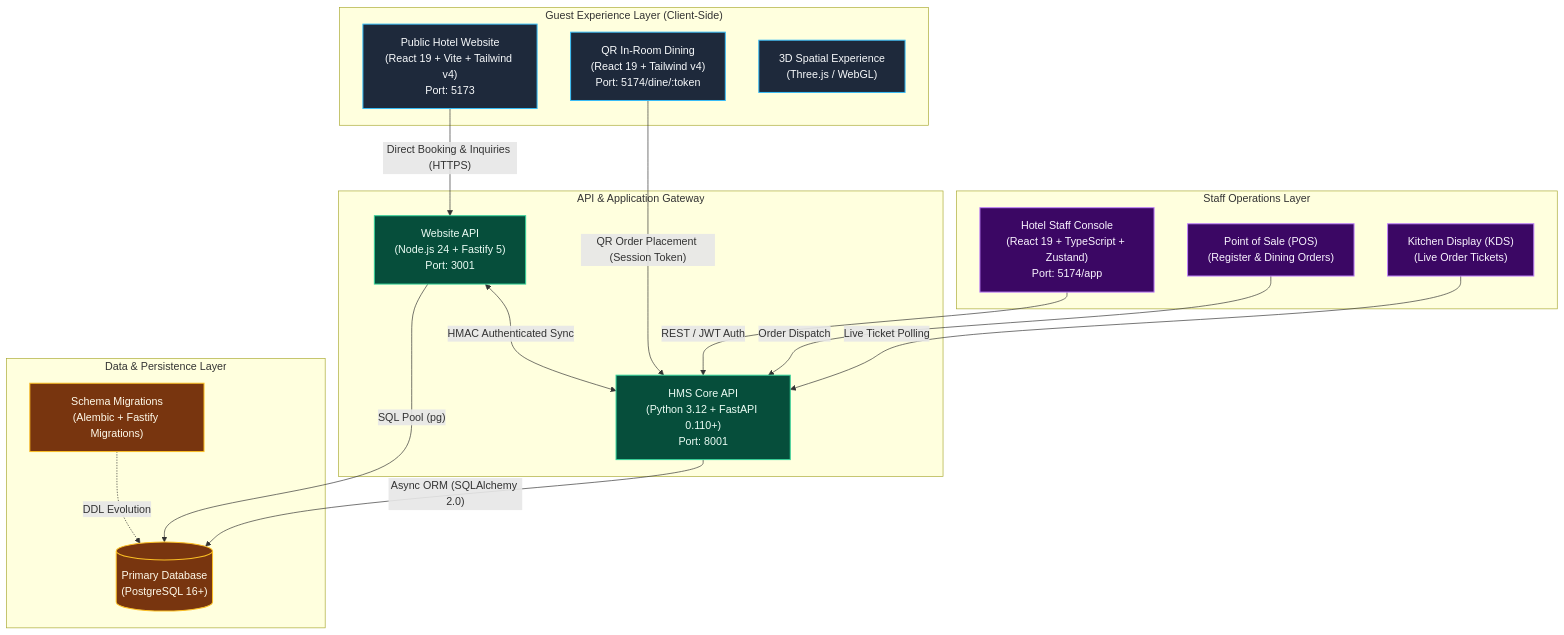
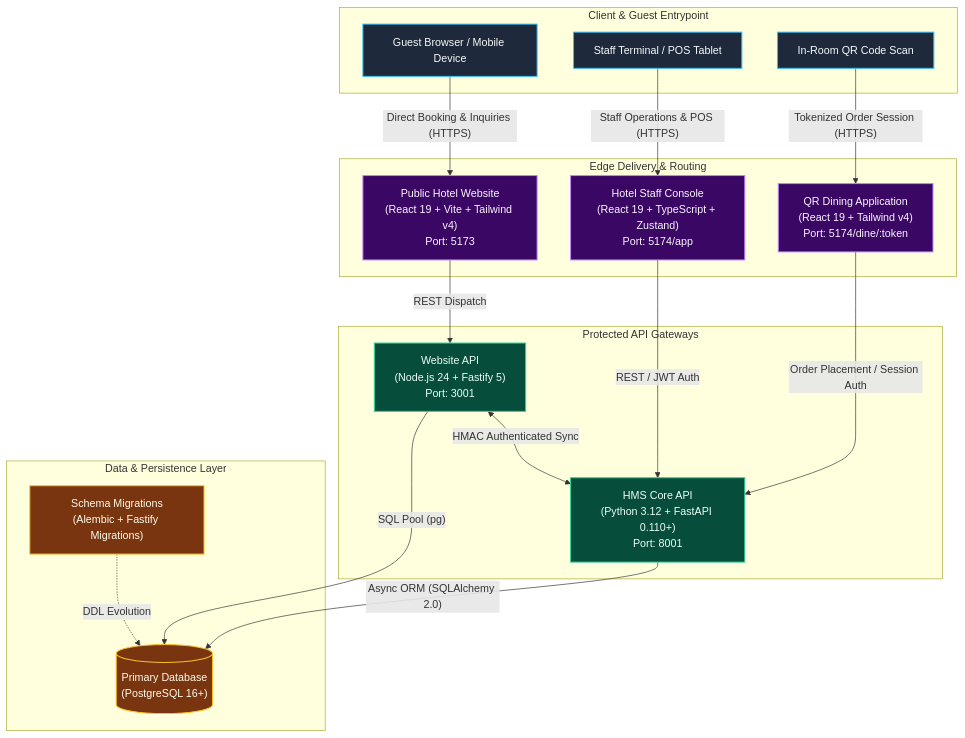
One commit to tapwebs/hotel_website_template changed the diagram in README.md. Above: the diagram before and after it, drawn with Mermaid. The commit also changed other lines of this file, not shown here.

````diff
--- a/README.md
+++ b/README.md
@@ -124,46 +207,48 @@
 ```mermaid
 flowchart TD
-    subgraph GuestLayer["Guest Experience Layer (Client-Side)"]
-        WEB["Public Hotel Website<br/>(React 19 + Vite + Tailwind v4)<br/>Port: 5173"]
-        DINE["QR In-Room Dining<br/>(React 19 + Tailwind v4)<br/>Port: 5174/dine/:token"]
-        THREE["3D Spatial Experience<br/>(Three.js / WebGL)"]
+    subgraph ClientLayer["Client & Guest Entrypoint"]
+        GUEST["Guest Browser / Mobile Device"]
+        STAFF["Staff Terminal / POS Tablet"]
+        QR["In-Room QR Code Scan"]
     end
 
-    subgraph StaffLayer["Staff Operations Layer"]
+    subgraph EdgeLayer["Edge Delivery & Routing"]
+        WEB["Public Hotel Website<br/>(React 19 + Vite + Tailwind v4)<br/>Port: 5173"]
+        DINE["QR Dining Application<br/>(React 19 + Tailwind v4)<br/>Port: 5174/dine/:token"]
         CONSOLE["Hotel Staff Console<br/>(React 19 + TypeScript + Zustand)<br/>Port: 5174/app"]
-        POS["Point of Sale (POS)<br/>(Register & Dining Orders)"]
-        KDS["Kitchen Display (KDS)<br/>(Live Order Tickets)"]
     end
 
-    subgraph GatewayLayer["API & Application Gateway"]
+    subgraph GatewayLayer["Protected API Gateways"]
         SITE_API["Website API<br/>(Node.js 24 + Fastify 5)<br/>Port: 3001"]
         HMS_API["HMS Core API<br/>(Python 3.12 + FastAPI 0.110+)<br/>Port: 8001"]
     end
 
     subgraph PersistenceLayer["Data & Persistence Layer"]
         PG[("Primary Database<br/>(PostgreSQL 16+)")]
         ALEMBIC["Schema Migrations<br/>(Alembic + Fastify Migrations)"]
     end
 
-    WEB -->|"Direct Booking & Inquiries (HTTPS)"| SITE_API
-    DINE -->|"QR Order Placement (Session Token)"| HMS_API
+    GUEST -->|"Direct Booking & Inquiries (HTTPS)"| WEB
+    QR -->|"Tokenized Order Session (HTTPS)"| DINE
+    STAFF -->|"Staff Operations & POS (HTTPS)"| CONSOLE
+
+    WEB -->|"REST Dispatch"| SITE_API
+    DINE -->|"Order Placement / Session Auth"| HMS_API
+    CONSOLE -->|"REST / JWT Auth"| HMS_API
+
     SITE_API -->|"SQL Pool (pg)"| PG
     HMS_API -->|"Async ORM (SQLAlchemy 2.0)"| PG
     ALEMBIC -.->|"DDL Evolution"| PG
 
-    CONSOLE -->|"REST / JWT Auth"| HMS_API
-    POS -->|"Order Dispatch"| HMS_API
-    KDS -->|"Live Ticket Polling"| HMS_API
-
     SITE_API <-->|"HMAC Authenticated Sync"| HMS_API
 
-    classDef guest fill:#1E293B,stroke:#38BDF8,stroke-width:1.5px,color:#F8FAFC;
-    classDef staff fill:#3B0764,stroke:#C084FC,stroke-width:1.5px,color:#FAF5FF;
+    classDef client fill:#1E293B,stroke:#38BDF8,stroke-width:1.5px,color:#F8FAFC;
+    classDef edge fill:#3B0764,stroke:#C084FC,stroke-width:1.5px,color:#FAF5FF;
     classDef api fill:#064E3B,stroke:#34D399,stroke-width:1.5px,color:#ECFDF5;
     classDef data fill:#78350F,stroke:#FBBF24,stroke-width:1.5px,color:#FFFBEB;
 
-    class WEB,DINE,THREE guest;
-    class CONSOLE,POS,KDS staff;
+    class GUEST,STAFF,QR client;
+    class WEB,DINE,CONSOLE edge;
     class SITE_API,HMS_API api;
     class PG,ALEMBIC data;
 ```
````
